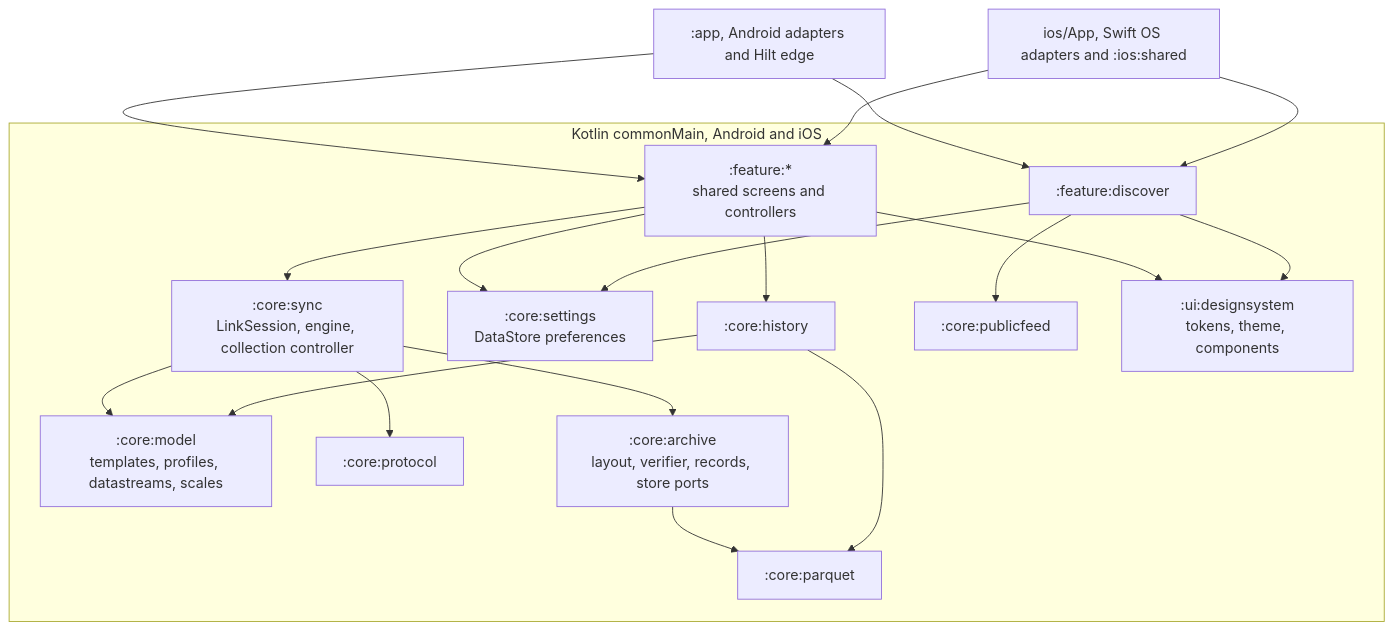
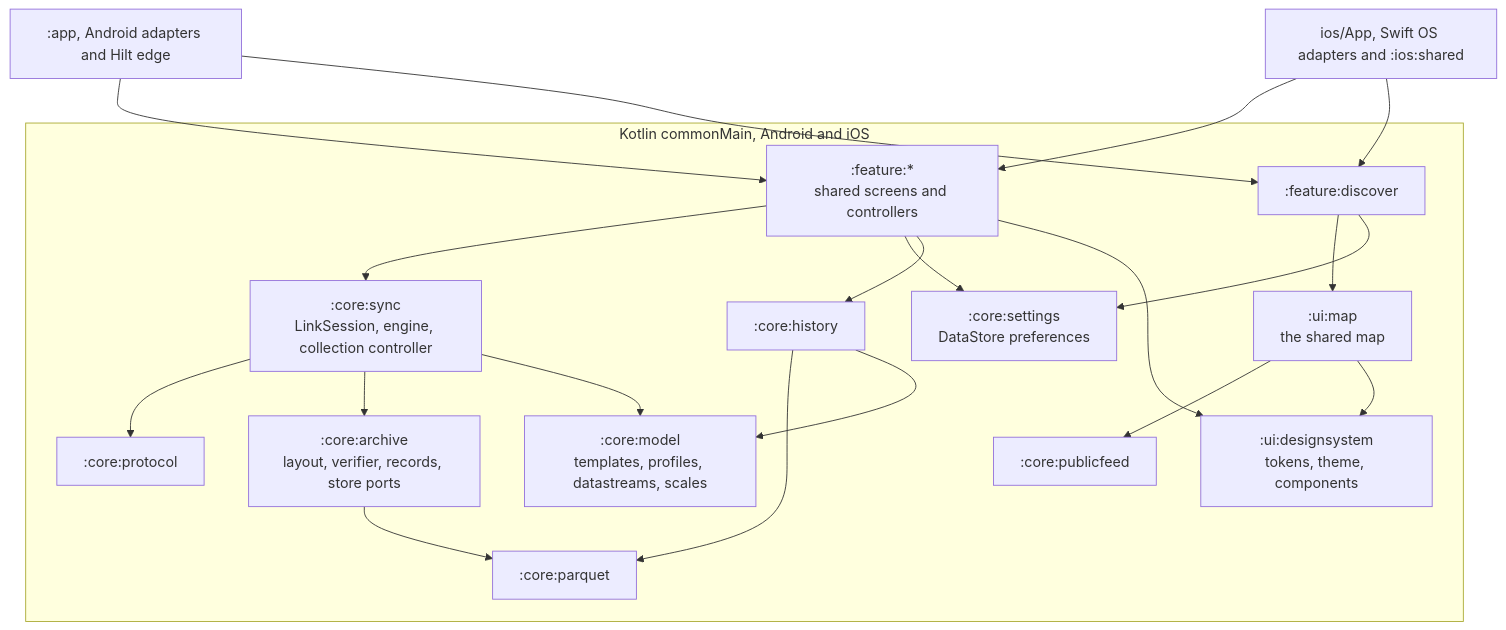
The second of 3 diagrams in docs/architecture.md (walkthru-earth/opensensor-space-mobile), drawn with Mermaid before and after one commit. The commit also changed other lines of this file and 50 other files, not shown here.

First line of the commit message:
Move the map into a shared ui:map module

````diff
--- a/docs/architecture.md
+++ b/docs/architecture.md
@@ -107,25 +109,27 @@
 ```mermaid
 flowchart TB
   subgraph shared["Kotlin commonMain, Android and iOS"]
     MO[":core:model<br/>templates, profiles, datastreams, scales"]
     PR2[":core:protocol"]
     SY[":core:sync<br/>LinkSession, engine, collection controller"]
     AR[":core:archive<br/>layout, verifier, records, store ports"]
     ST[":core:settings<br/>DataStore preferences"]
     PQ2[":core:parquet"]
     HI2[":core:history"]
     PF[":core:publicfeed"]
     DS[":ui:designsystem<br/>tokens, theme, components"]
+    MP[":ui:map<br/>the shared map"]
     FE[":feature:*<br/>shared screens and controllers"]
     DI[":feature:discover"]
   end
   APP2[":app, Android adapters and Hilt edge"]
   IOS2["ios/App, Swift OS adapters and :ios:shared"]
   SY --> PR2 & AR & MO
   AR --> PQ2
   HI2 --> PQ2 & MO
   FE --> SY & ST & HI2 & DS
-  DI --> PF & DS & ST
+  MP --> PF & DS
+  DI --> MP & ST
   APP2 --> FE & DI
   IOS2 --> FE & DI
 ```
````
